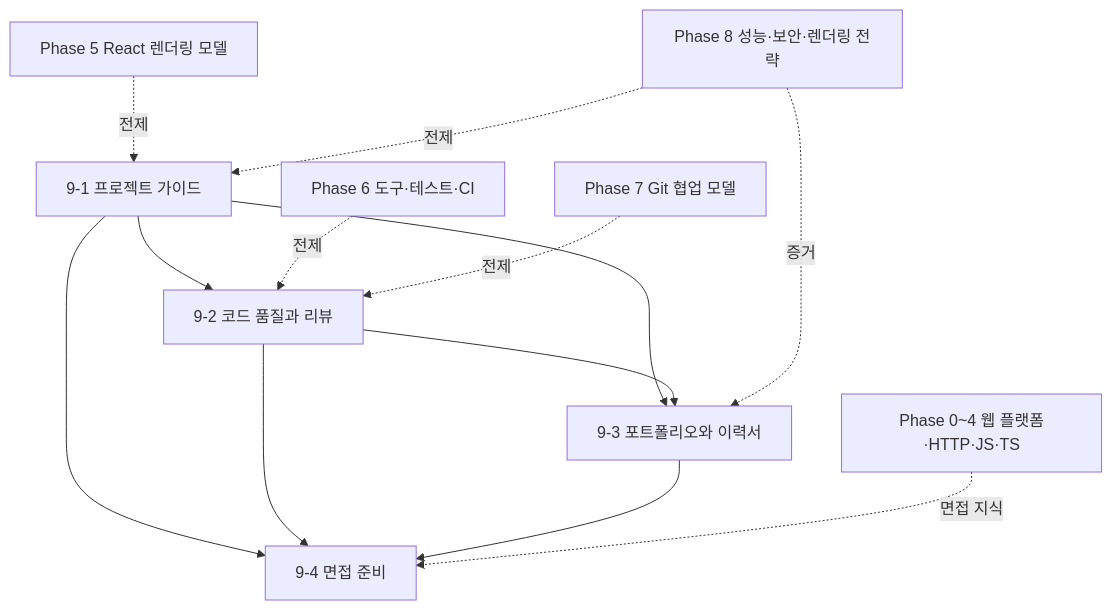
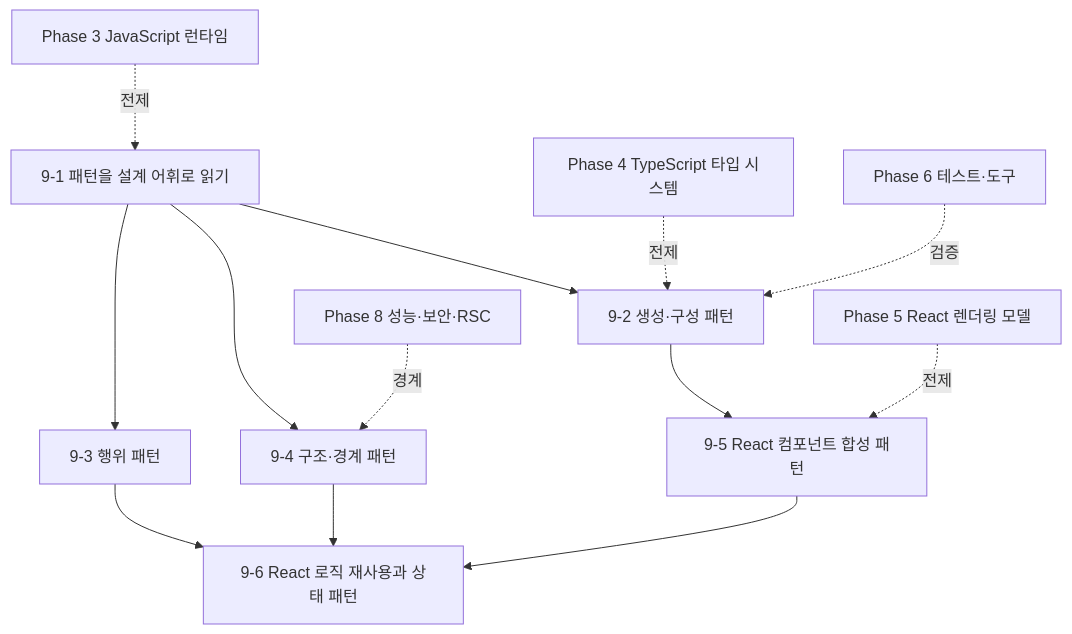
The diagram in plan/phase9.md (lee-gyu/web-fe-roadmap-study), drawn with Mermaid before and after one commit. The commit also changed other lines of this file and 4 other files, not shown here.

````diff
--- a/plan/phase9.md
+++ b/plan/phase9.md
@@ -100,16 +114,16 @@
 ```mermaid
 flowchart TD
-    D1["9-1 프로젝트 가이드"] --> D2["9-2 코드 품질과 리뷰"]
-    D1 --> D3["9-3 포트폴리오와 이력서"]
-    D2 --> D3
-    D1 --> D4["9-4 면접 준비"]
-    D2 --> D4
-    D3 --> D4
+    D1["9-1 패턴을 설계 어휘로 읽기"] --> D2["9-2 생성·구성 패턴"]
+    D1 --> D3["9-3 행위 패턴"]
+    D1 --> D4["9-4 구조·경계 패턴"]
+    D2 --> D5["9-5 React 컴포넌트 합성 패턴"]
+    D3 --> D6["9-6 React 로직 재사용과 상태 패턴"]
+    D4 --> D6
+    D5 --> D6
 
-    P5["Phase 5 React 렌더링 모델"] -.전제.-> D1
-    P6["Phase 6 도구·테스트·CI"] -.전제.-> D2
-    P7["Phase 7 Git 협업 모델"] -.전제.-> D2
-    P8["Phase 8 성능·보안·렌더링 전략"] -.전제.-> D1
-    P8 -.증거.-> D3
-    P0["Phase 0~4 웹 플랫폼·HTTP·JS·TS"] -.면접 지식.-> D4
+    P3["Phase 3 JavaScript 런타임"] -.전제.-> D1
+    P4["Phase 4 TypeScript 타입 시스템"] -.전제.-> D2
+    P5["Phase 5 React 렌더링 모델"] -.전제.-> D5
+    P6["Phase 6 테스트·도구"] -.검증.-> D2
+    P8["Phase 8 성능·보안·RSC"] -.경계.-> D4
 ```
````
